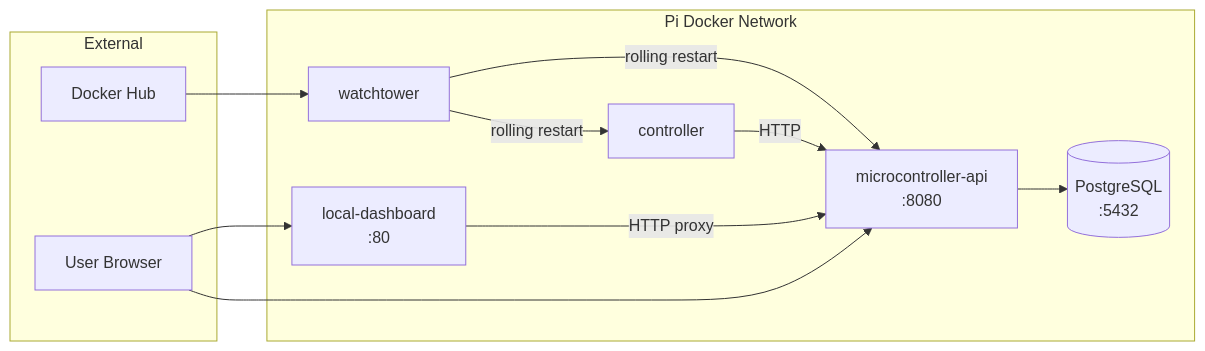
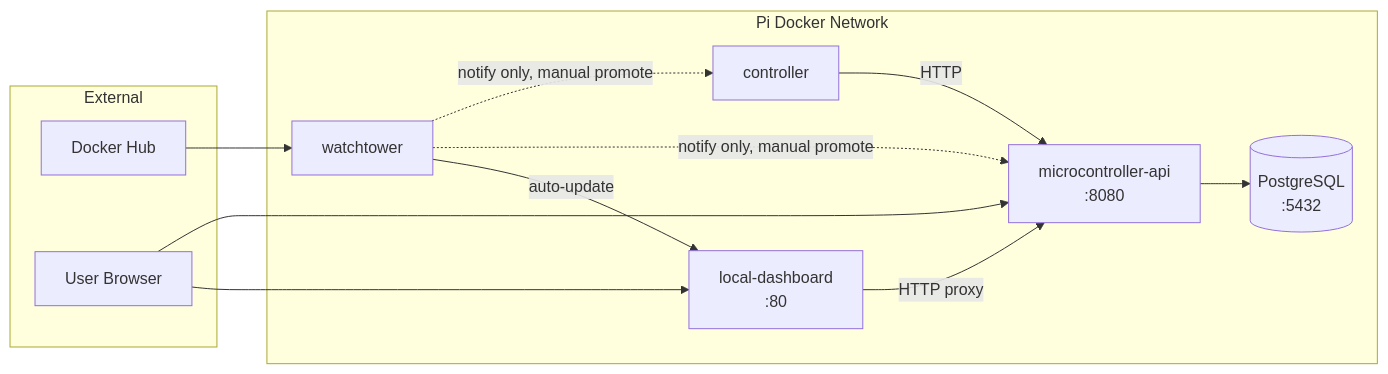
Before and after one commit to GreenThumbProject/docs: the second of 5 diagrams in docs/architecture/diagrams.md, drawn with Mermaid. The commit also changed other lines of this file and 36 other files, not shown here.

````diff
--- a/docs/architecture/diagrams.md
+++ b/docs/architecture/diagrams.md
@@ -37,24 +46,25 @@
 ```mermaid
 graph LR
     subgraph "Pi Docker Network"
         DB[(PostgreSQL\n:5432)]
         API[microcontroller-api\n:8080]
         CTRL[controller]
         DASH[local-dashboard\n:80]
         WT[watchtower]
     end
 
     subgraph "External"
         DH[Docker Hub]
         BROWSER[User Browser]
     end
 
     CTRL -->|HTTP| API
     DASH -->|HTTP proxy| API
     API --> DB
     BROWSER --> DASH
     BROWSER --> API
     DH --> WT
-    WT -->|rolling restart| API
-    WT -->|rolling restart| CTRL
+    WT -->|auto-update| DASH
+    WT -.->|"notify only, manual promote"| API
+    WT -.->|"notify only, manual promote"| CTRL
 ```
````
